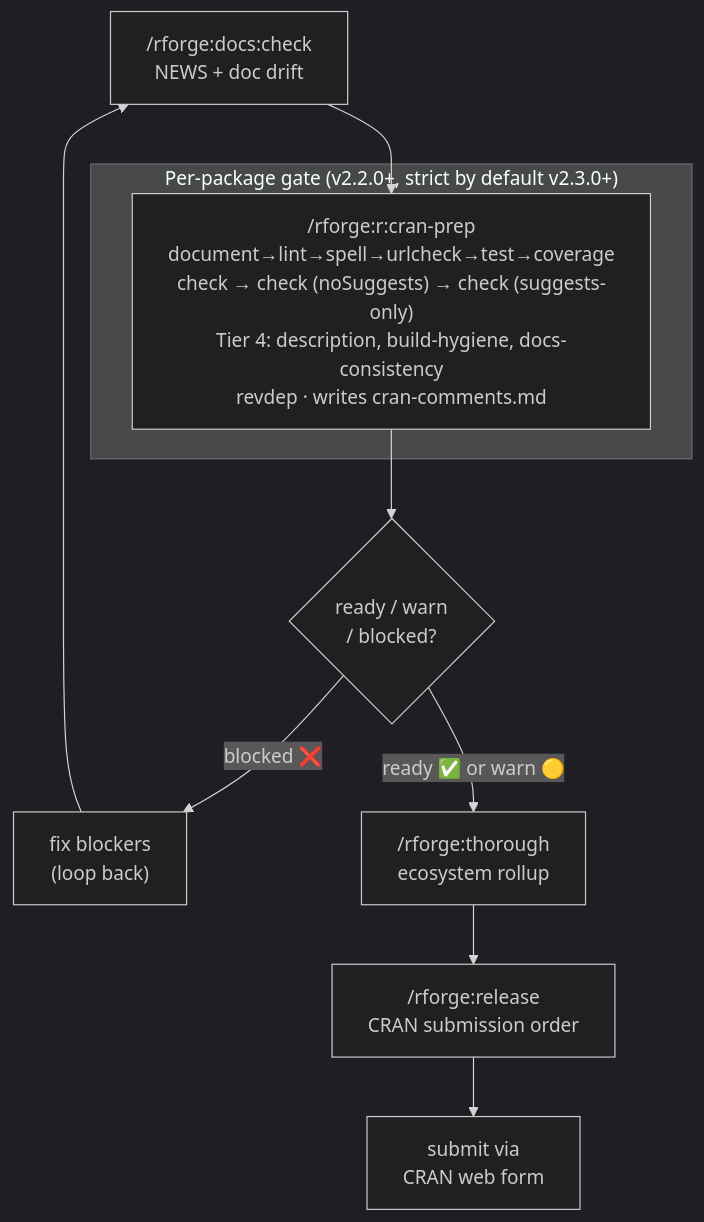
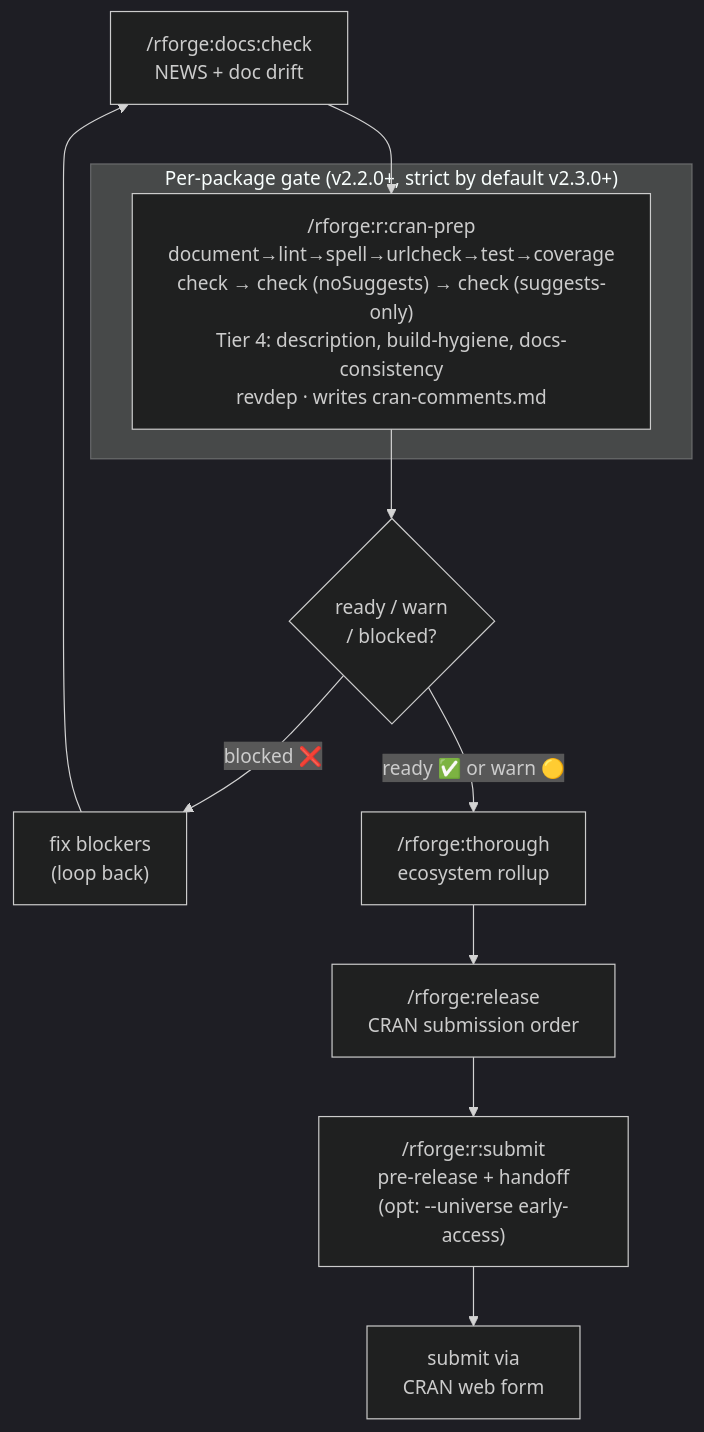
The sixth of 8 diagrams in docs/workflows/index.md (Data-Wise/rforge), drawn with Mermaid (dark theme) before and after one commit. The commit also changed other lines of this file and 23 other files, not shown here.

````diff
--- a/docs/workflows/index.md
+++ b/docs/workflows/index.md
@@ -99,15 +99,16 @@
 ```mermaid
 flowchart TD
     A["/rforge:docs:check\nNEWS + doc drift"] --> B
 
     subgraph gate["Per-package gate (v2.2.0+, strict by default v2.3.0+)"]
         B["/rforge:r:cran-prep\ndocument→lint→spell→urlcheck→test→coverage\ncheck → check (noSuggests) → check (suggests-only)\nTier 4: description, build-hygiene, docs-consistency\nrevdep · writes cran-comments.md"]
     end
 
     B --> C{"ready / warn\n/ blocked?"}
     C -- "blocked ❌" --> D["fix blockers\n(loop back)"]
     D --> A
     C -- "ready ✅ or warn 🟡" --> E["/rforge:thorough\necosystem rollup"]
     E --> F["/rforge:release\nCRAN submission order"]
-    F --> G["submit via\nCRAN web form"]
+    F --> H["/rforge:r:submit\npre-release + handoff\n(opt: --universe early-access)"]
+    H --> G["submit via\nCRAN web form"]
 ```
````
